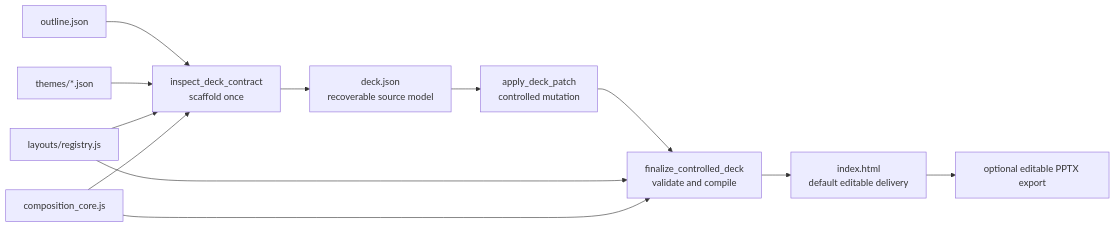
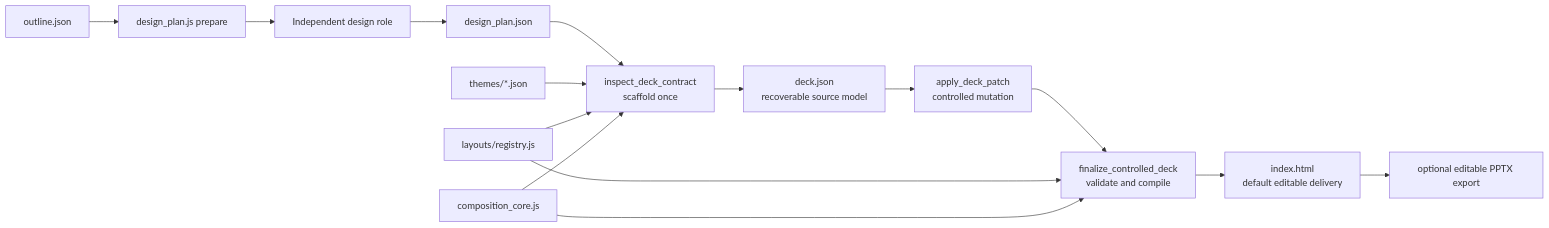
One commit to KRISACHAN/Box-Agent changed the diagram in docs/PPTX_CONTROLLED_HTML_DEVELOPMENT.md. Above: the diagram before and after it, drawn with Mermaid. The commit also changed other lines of this file and 53 other files, not shown here.

````diff
--- a/docs/PPTX_CONTROLLED_HTML_DEVELOPMENT.md
+++ b/docs/PPTX_CONTROLLED_HTML_DEVELOPMENT.md
@@ -12,15 +21,18 @@
 ```mermaid
 flowchart LR
-    A["outline.json"] --> B["inspect_deck_contract\nscaffold once"]
+    A["outline.json"] --> PREP["design_plan.js prepare"]
+    PREP --> ROLE["Independent design role"]
+    ROLE --> PLAN["design_plan.json"]
+    PLAN --> B["inspect_deck_contract\nscaffold once"]
     B --> C["deck.json\nrecoverable source model"]
     C --> D["apply_deck_patch\ncontrolled mutation"]
     D --> E["finalize_controlled_deck\nvalidate and compile"]
     E --> F["index.html\ndefault editable delivery"]
     F --> G["optional editable PPTX export"]
 
     H["themes/*.json"] --> B
     I["layouts/registry.js"] --> B
     I --> E
     J["composition_core.js"] --> B
     J --> E
 ```
````
